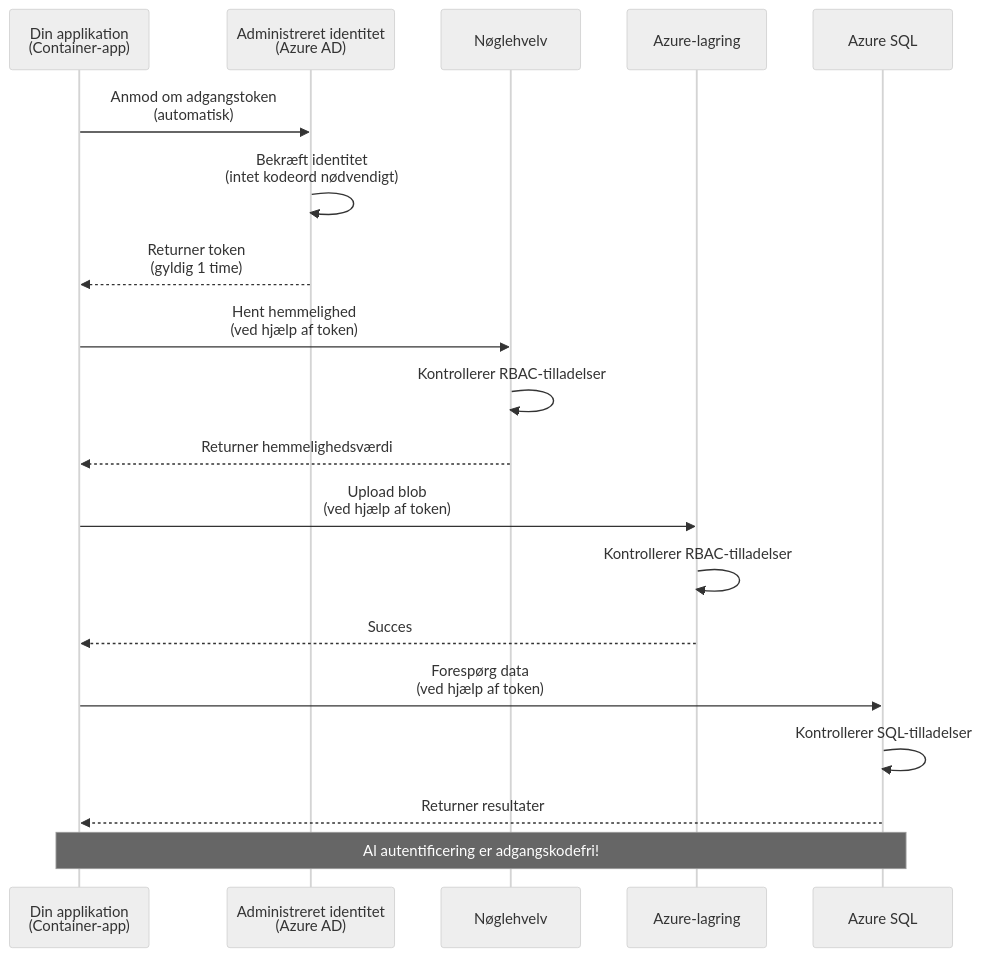
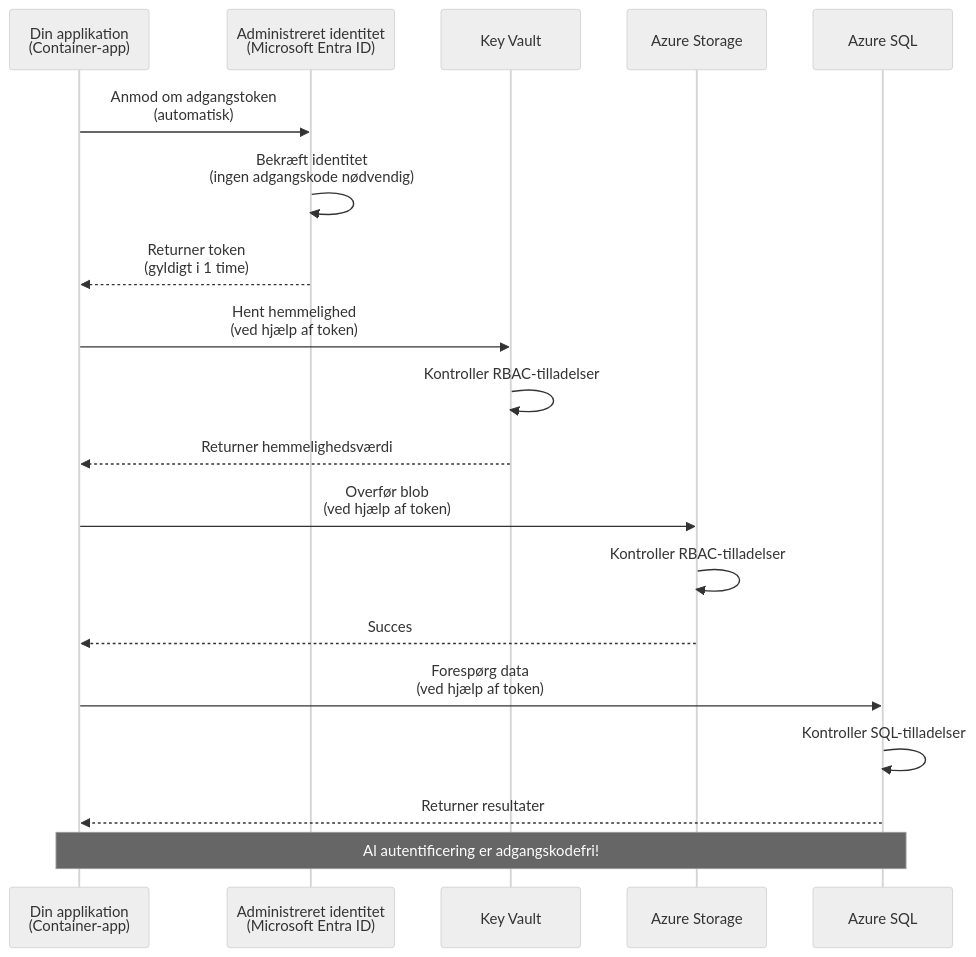
One commit to microsoft/AZD-for-beginners changed the first of 2 diagrams in translations/da/docs/chapter-03-configuration/authsecurity.md. Above: the diagram before and after it, drawn with Mermaid (neutral theme). The commit also changed other lines of this file and 104 other files, not shown here.

````diff
--- a/translations/da/docs/chapter-03-configuration/authsecurity.md
+++ b/translations/da/docs/chapter-03-configuration/authsecurity.md
@@ -69,26 +69,26 @@
 ```mermaid
 sequenceDiagram
     participant App as Din applikation<br/>(Container-app)
-    participant MI as Administreret identitet<br/>(Azure AD)
-    participant KV as Nøglehvelv
-    participant Storage as Azure-lagring
+    participant MI as Administreret identitet<br/>(Microsoft Entra ID)
+    participant KV as Key Vault
+    participant Storage as Azure Storage
     participant DB as Azure SQL
     
     App->>MI: Anmod om adgangstoken<br/>(automatisk)
-    MI->>MI: Bekræft identitet<br/>(intet kodeord nødvendigt)
-    MI-->>App: Returner token<br/>(gyldig 1 time)
+    MI->>MI: Bekræft identitet<br/>(ingen adgangskode nødvendig)
+    MI-->>App: Returner token<br/>(gyldigt i 1 time)
     
     App->>KV: Hent hemmelighed<br/>(ved hjælp af token)
-    KV->>KV: Kontrollerer RBAC-tilladelser
+    KV->>KV: Kontroller RBAC-tilladelser
     KV-->>App: Returner hemmelighedsværdi
     
-    App->>Storage: Upload blob<br/>(ved hjælp af token)
-    Storage->>Storage: Kontrollerer RBAC-tilladelser
+    App->>Storage: Overfør blob<br/>(ved hjælp af token)
+    Storage->>Storage: Kontroller RBAC-tilladelser
     Storage-->>App: Succes
     
     App->>DB: Forespørg data<br/>(ved hjælp af token)
-    DB->>DB: Kontrollerer SQL-tilladelser
+    DB->>DB: Kontroller SQL-tilladelser
     DB-->>App: Returner resultater
     
     Note over App,DB: Al autentificering er adgangskodefri!
 ```
````
